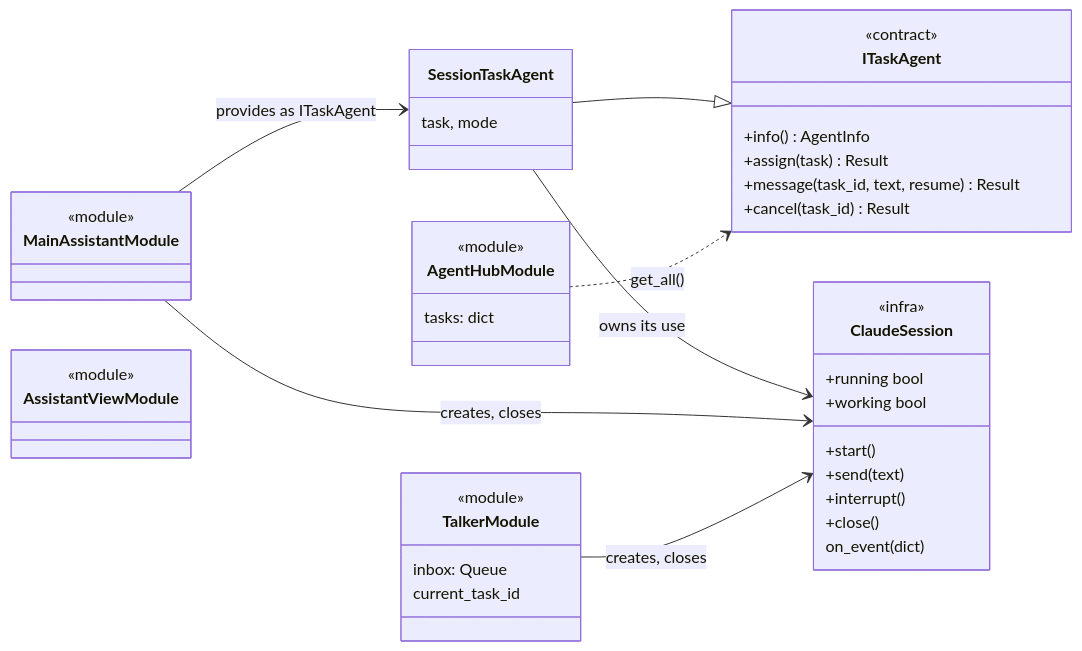
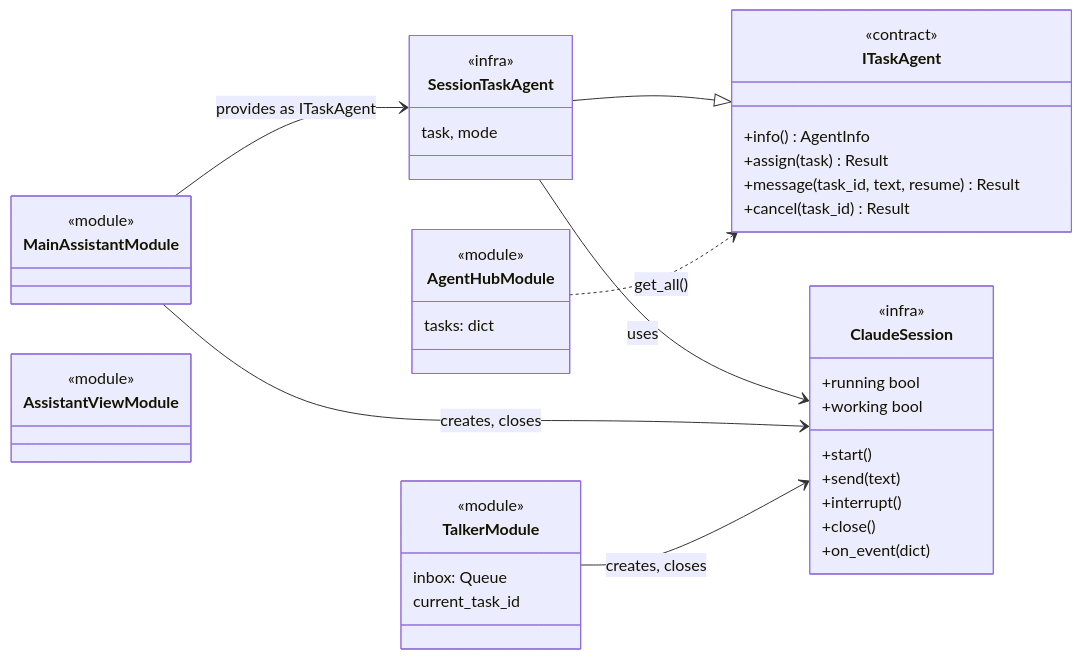
The sixth of 9 diagrams in docs/agents/runtime.md (sharramon/AI_Assistant), drawn with Mermaid before and after one commit. The commit also changed other lines of this file and 47 other files, not shown here.

````diff
--- a/docs/agents/runtime.md
+++ b/docs/agents/runtime.md
@@ -195,42 +197,43 @@
 ```mermaid
 classDiagram
     direction LR
     class ClaudeSession {
         <<infra>>
         +start()
         +send(text)
         +interrupt()
         +close()
         +running bool
         +working bool
-        on_event(dict)
+        +on_event(dict)
     }
     class ITaskAgent {
         <<contract>>
         +info() AgentInfo
         +assign(task) Result
         +message(task_id, text, resume) Result
         +cancel(task_id) Result
     }
     class SessionTaskAgent {
+        <<infra>>
         task, mode
     }
     class MainAssistantModule { <<module>> }
     class TalkerModule {
         <<module>>
         inbox: Queue
         current_task_id
     }
     class AgentHubModule {
         <<module>>
         tasks: dict
     }
     class AssistantViewModule { <<module>> }
 
     SessionTaskAgent --|> ITaskAgent
-    SessionTaskAgent --> ClaudeSession : owns its use
+    SessionTaskAgent --> ClaudeSession : uses
     MainAssistantModule --> SessionTaskAgent : provides as ITaskAgent
     MainAssistantModule --> ClaudeSession : creates, closes
     TalkerModule --> ClaudeSession : creates, closes
     AgentHubModule ..> ITaskAgent : get_all()
 ```
````
